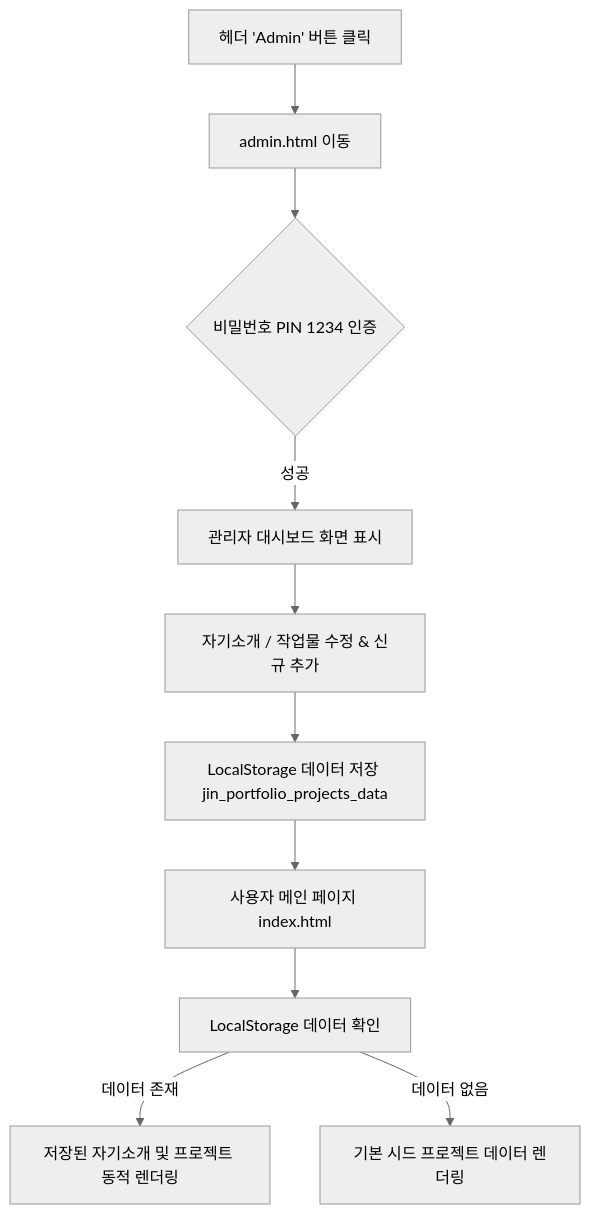
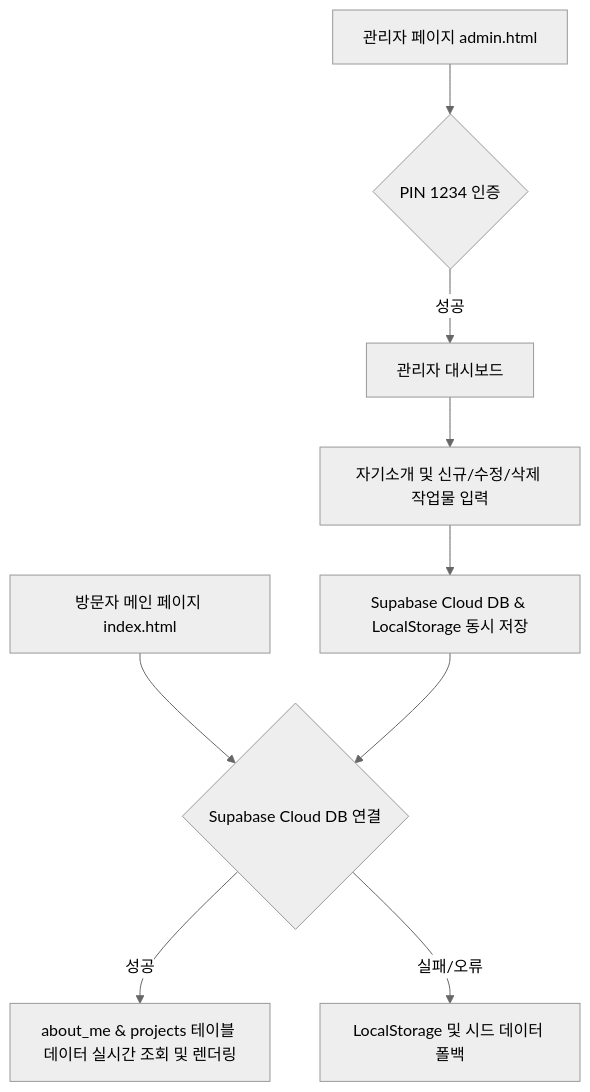
Before and after one commit to skawlsgur-oss/2026portfolio: the diagram in prd.md, drawn with Mermaid (neutral theme). The commit also changed other lines of this file, not shown here.

Commit message:
docs: Update prd.md to v1.2 with full Supabase Cloud DB specification

````diff
--- a/prd.md
+++ b/prd.md
@@ -155,13 +148,12 @@
 ```mermaid
 graph TD
-    A[사용자 메인 페이지 index.html] --> B[LocalStorage 데이터 확인]
-    B -- 데이터 존재 --> C[저장된 자기소개 및 프로젝트 동적 렌더링]
-    B -- 데이터 없음 --> D[기본 시드 프로젝트 데이터 렌더링]
+    A[방문자 메인 페이지 index.html] --> B{Supabase Cloud DB 연결}
+    B -- 성공 --> C[about_me & projects 테이블 데이터 실시간 조회 및 렌더링]
+    B -- 실패/오류 --> D[LocalStorage 및 시드 데이터 폴백]
     
-    E[헤더 'Admin' 버튼 클릭] --> F[admin.html 이동]
-    F --> G{비밀번호 PIN 1234 인증}
-    G -- 성공 --> H[관리자 대시보드 화면 표시]
-    H --> I[자기소개 / 작업물 수정 & 신규 추가]
-    I --> J[LocalStorage 데이터 저장 jin_portfolio_projects_data]
-    J --> A
+    E[관리자 페이지 admin.html] --> F{PIN 1234 인증}
+    F -- 성공 --> G[관리자 대시보드]
+    G --> H[자기소개 및 신규/수정/삭제 작업물 입력]
+    H --> I[Supabase Cloud DB & LocalStorage 동시 저장]
+    I --> B
 ```
````
